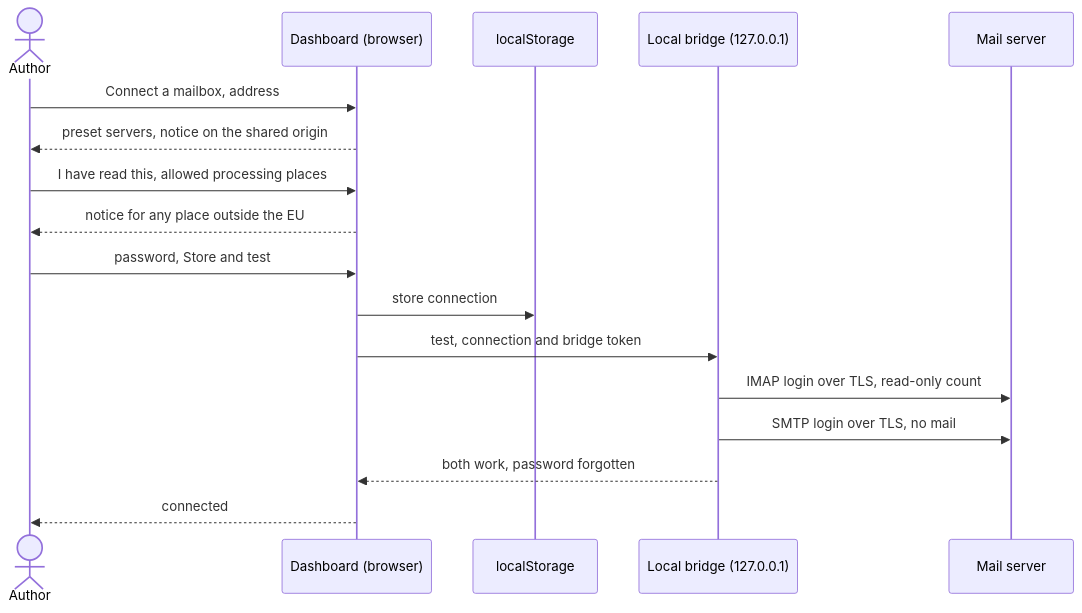
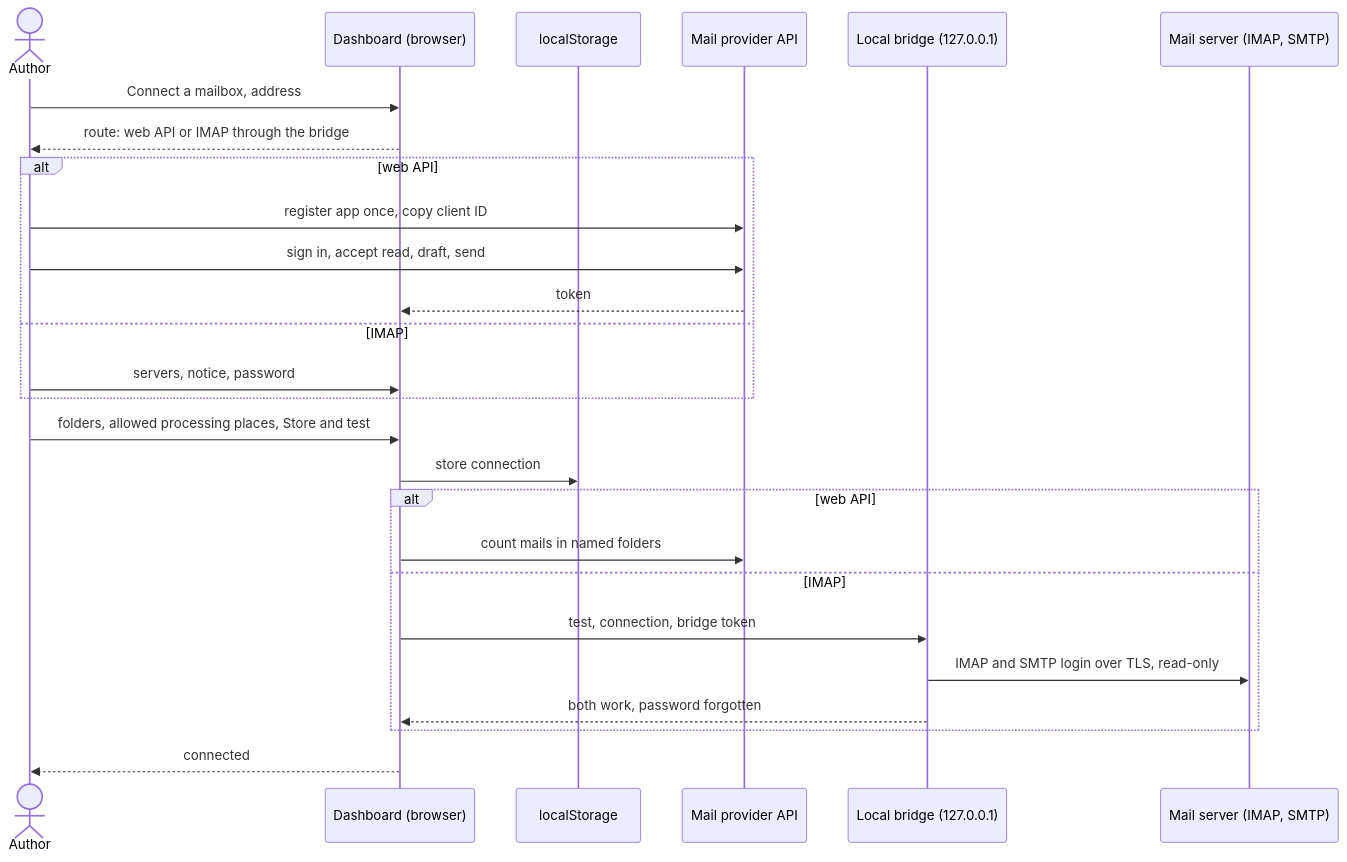
The diagram in docs/use-cases/UC-037-connect-a-mailbox.md (akmaier/agent-m), drawn with Mermaid before and after one commit. The commit also changed other lines of this file and 6 other files, not shown here.

````diff
--- a/docs/use-cases/UC-037-connect-a-mailbox.md
+++ b/docs/use-cases/UC-037-connect-a-mailbox.md
@@ -90,19 +119,28 @@
 ```mermaid
 sequenceDiagram
     actor A as Author
     participant D as Dashboard (browser)
     participant L as localStorage
+    participant M as Mail provider API
     participant B as Local bridge (127.0.0.1)
-    participant S as Mail server
+    participant S as Mail server (IMAP, SMTP)
     A->>D: Connect a mailbox, address
-    D-->>A: preset servers, notice on the shared origin
-    A->>D: I have read this, allowed processing places
-    D-->>A: notice for any place outside the EU
-    A->>D: password, Store and test
+    D-->>A: route: web API or IMAP through the bridge
+    alt web API
+        A->>M: register app once, copy client ID
+        A->>M: sign in, accept read, draft, send
+        M-->>D: token
+    else IMAP
+        A->>D: servers, notice, password
+    end
+    A->>D: folders, allowed processing places, Store and test
     D->>L: store connection
-    D->>B: test, connection and bridge token
-    B->>S: IMAP login over TLS, read-only count
-    B->>S: SMTP login over TLS, no mail
-    B-->>D: both work, password forgotten
+    alt web API
+        D->>M: count mails in named folders
+    else IMAP
+        D->>B: test, connection, bridge token
+        B->>S: IMAP and SMTP login over TLS, read-only
+        B-->>D: both work, password forgotten
+    end
     D-->>A: connected
 ```
````
